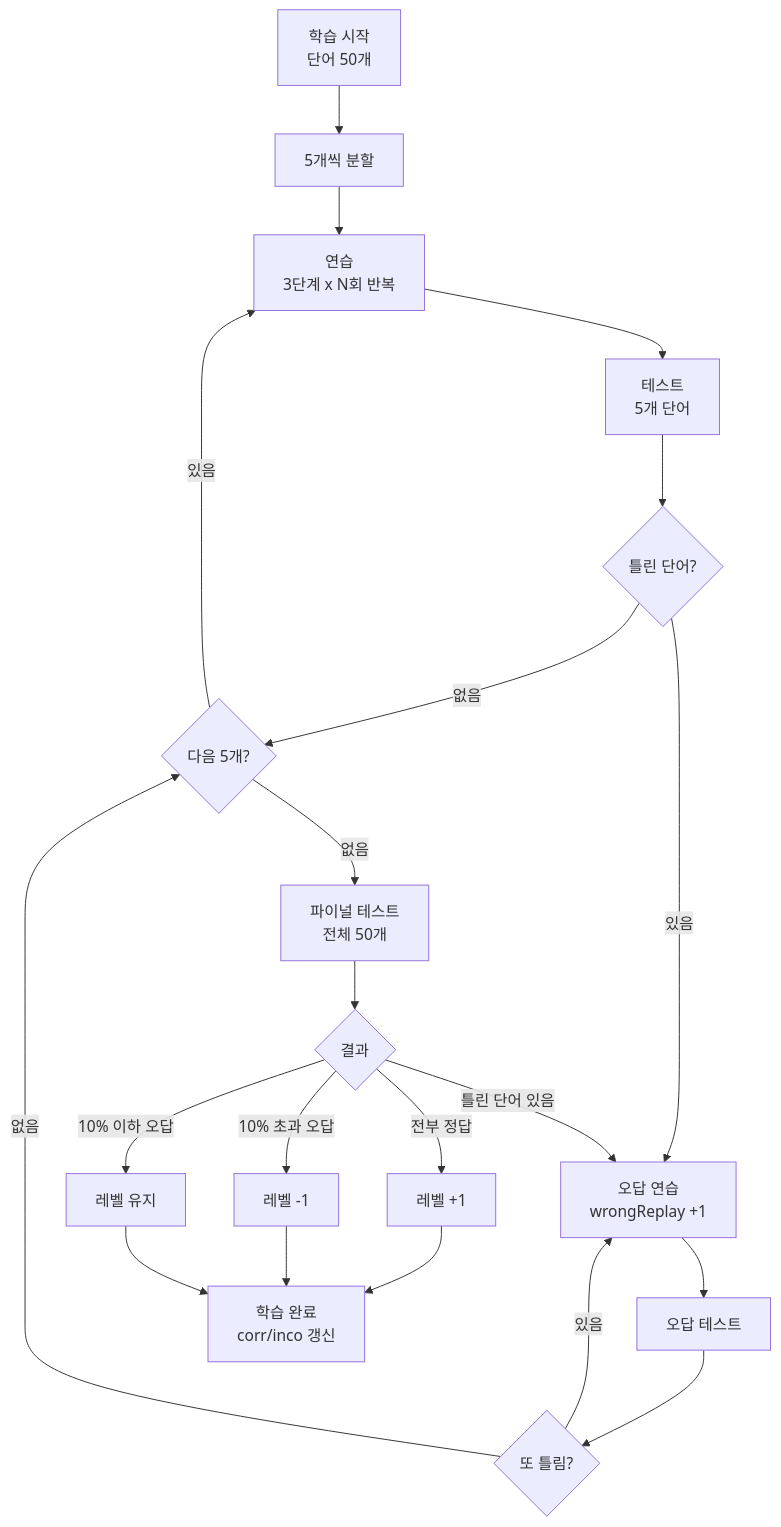
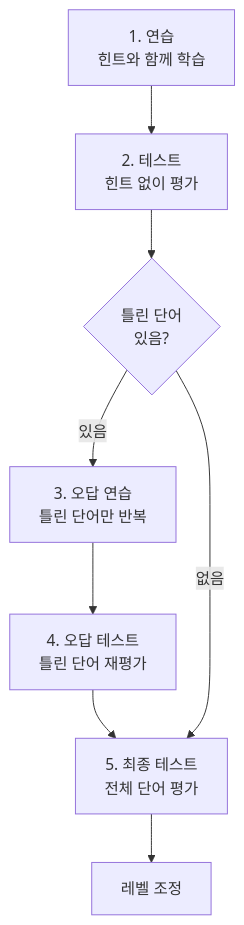
Before and after one commit to genie49/genie-cv: the diagram in data/content/notes/vocatoktok-learning-algorithm.md, drawn with Mermaid. The commit also changed other lines of this file and 5 other files, not shown here.

````diff
--- a/data/content/notes/vocatoktok-learning-algorithm.md
+++ b/data/content/notes/vocatoktok-learning-algorithm.md
@@ -120,29 +26,10 @@
 ```mermaid
-flowchart TD
-    START[학습 시작<br/>단어 50개] --> SPLIT[5개씩 분할]
-
-    SPLIT --> PRAC[연습<br/>3단계 x N회 반복]
-    PRAC --> TEST[테스트<br/>5개 단어]
-    TEST --> CHECK{틀린 단어?}
-
-    CHECK -->|없음| NEXT{다음 5개?}
-    CHECK -->|있음| WPRAC[오답 연습<br/>wrongReplay +1]
-    WPRAC --> WTEST[오답 테스트]
-    WTEST --> WCHECK{또 틀림?}
-    WCHECK -->|있음| WPRAC
-    WCHECK -->|없음| NEXT
-
-    NEXT -->|있음| PRAC
-    NEXT -->|없음| FINAL[파이널 테스트<br/>전체 50개]
-
-    FINAL --> FCHECK{결과}
-    FCHECK -->|전부 정답| LUP[레벨 +1]
-    FCHECK -->|10% 초과 오답| LDOWN[레벨 -1]
-    FCHECK -->|10% 이하 오답| LKEEP[레벨 유지]
-
-    FCHECK -->|틀린 단어 있음| WPRAC
-
-    LUP --> END[학습 완료<br/>corr/inco 갱신]
-    LDOWN --> END
-    LKEEP --> END
+flowchart TB
+    Practice["1. 연습<br/>힌트와 함께 학습"] --> Test1["2. 테스트<br/>힌트 없이 평가"]
+    Test1 --> Check{틀린 단어<br/>있음?}
+    Check -->|있음| WrongPractice["3. 오답 연습<br/>틀린 단어만 반복"]
+    WrongPractice --> WrongTest["4. 오답 테스트<br/>틀린 단어 재평가"]
+    WrongTest --> Final["5. 최종 테스트<br/>전체 단어 평가"]
+    Check -->|없음| Final
+    Final --> Result["레벨 조정"]
 ```
````
